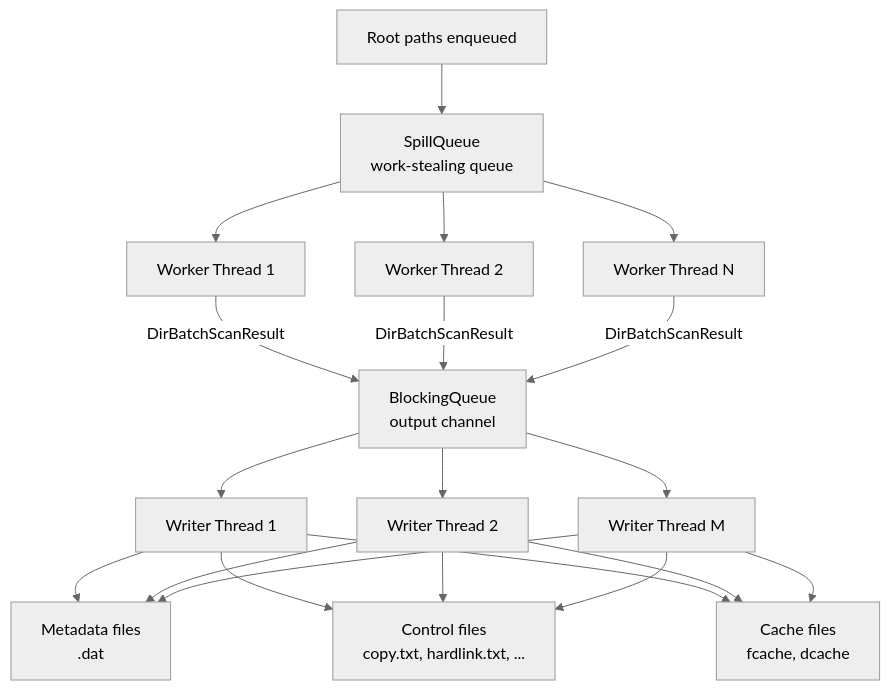
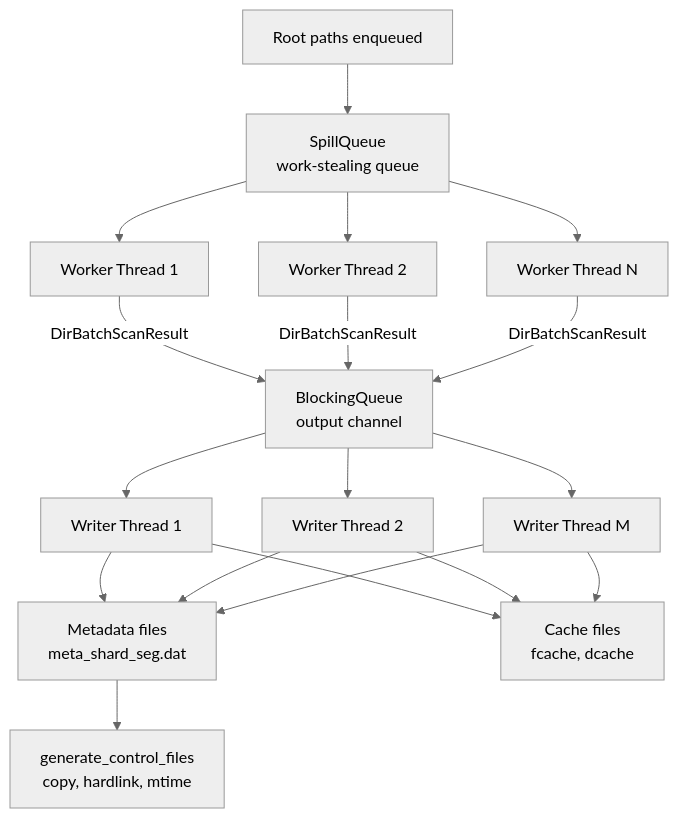
The first of 2 diagrams in wiki/docs/concepts/scan-engine.md (XUranus/fpt-rs), drawn with Mermaid (neutral theme) before and after one commit. The commit also changed other lines of this file and 60 other files, not shown here.

First line of the commit message:
Enhance wiki: code snippets, mermaid diagrams, i18n zh-CN support

````diff
--- a/wiki/docs/concepts/scan-engine.md
+++ b/wiki/docs/concepts/scan-engine.md
@@ -12,22 +12,20 @@
 ```mermaid
 flowchart TD
     A[Root paths enqueued] --> B[SpillQueue<br/>work-stealing queue]
     B --> C1[Worker Thread 1]
     B --> C2[Worker Thread 2]
     B --> C3[Worker Thread N]
     C1 -->|DirBatchScanResult| D[BlockingQueue<br/>output channel]
     C2 -->|DirBatchScanResult| D
     C3 -->|DirBatchScanResult| D
     D --> E1[Writer Thread 1]
     D --> E2[Writer Thread 2]
     D --> E3[Writer Thread M]
-    E1 --> F[Metadata files<br/>.dat]
-    E1 --> G[Control files<br/>copy.txt, hardlink.txt, ...]
-    E1 --> H[Cache files<br/>fcache, dcache]
+    E1 --> F[Metadata files<br/>meta_shard_seg.dat]
+    E1 --> G[Cache files<br/>fcache, dcache]
     E2 --> F
     E2 --> G
-    E2 --> H
     E3 --> F
     E3 --> G
-    E3 --> H
+    F --> H[generate_control_files<br/>copy, hardlink, mtime]
 ```
````
